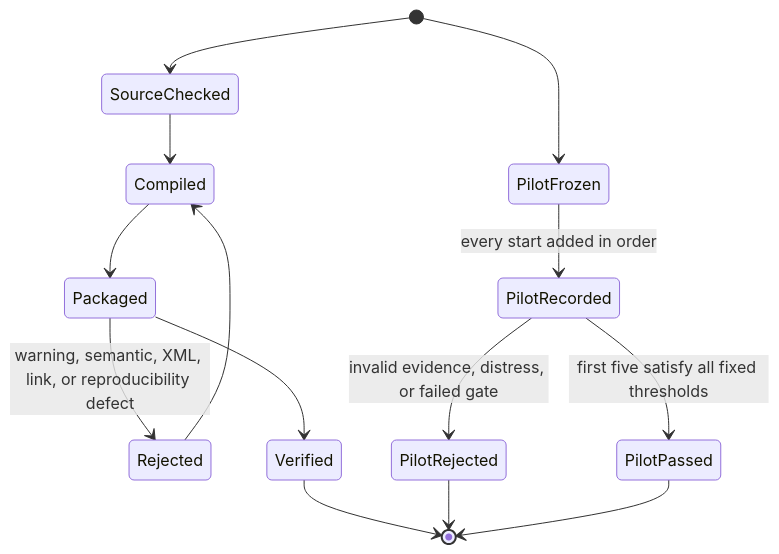
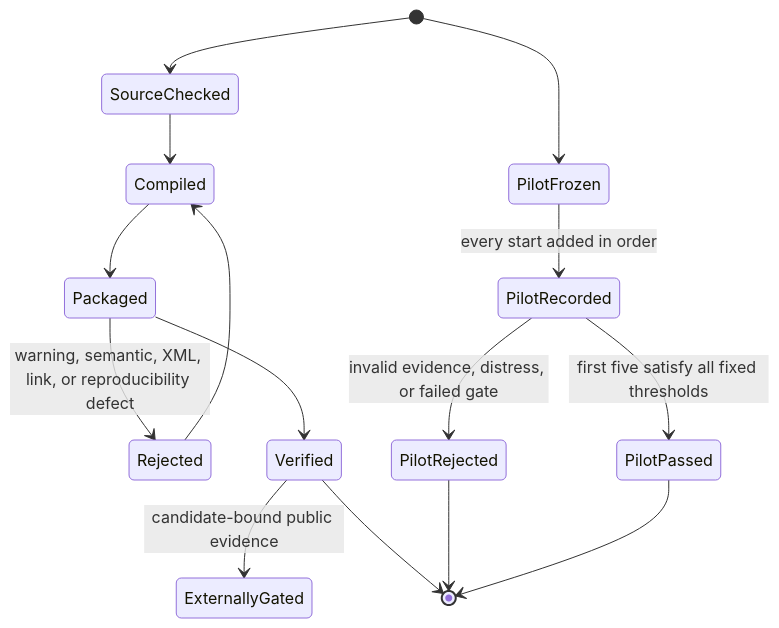
The fourth of 5 diagrams in scripts/AGENTS.md (streamentry/streamentry), drawn with Mermaid before and after one commit. The commit also changed other lines of this file and 32 other files, not shown here.

````diff
--- a/scripts/AGENTS.md
+++ b/scripts/AGENTS.md
@@ -83,16 +88,17 @@
 ```mermaid
 stateDiagram-v2
   [*] --> SourceChecked
   SourceChecked --> Compiled
   Compiled --> Packaged
   Packaged --> Rejected: warning, semantic, XML, link, or reproducibility defect
   Rejected --> Compiled
   Packaged --> Verified
+  Verified --> ExternallyGated: candidate-bound public evidence
   Verified --> [*]
   [*] --> PilotFrozen
   PilotFrozen --> PilotRecorded: every start added in order
   PilotRecorded --> PilotRejected: invalid evidence, distress, or failed gate
   PilotRecorded --> PilotPassed: first five satisfy all fixed thresholds
   PilotRejected --> [*]
   PilotPassed --> [*]
 ```
````
